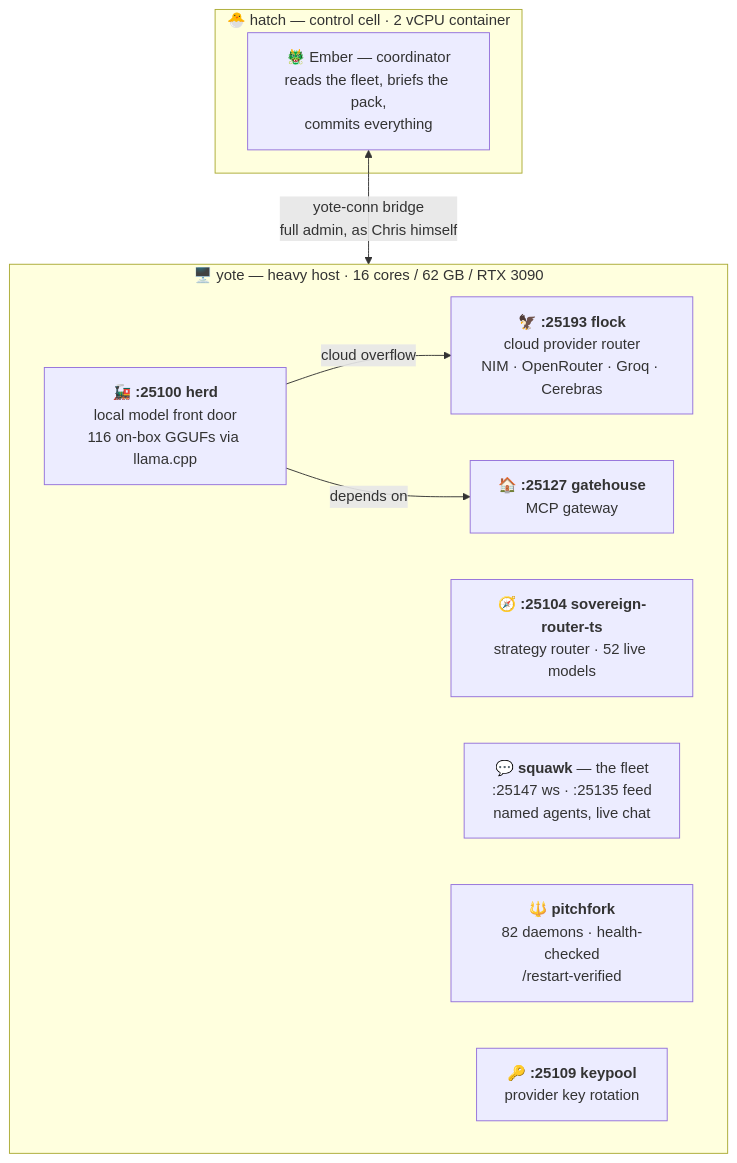
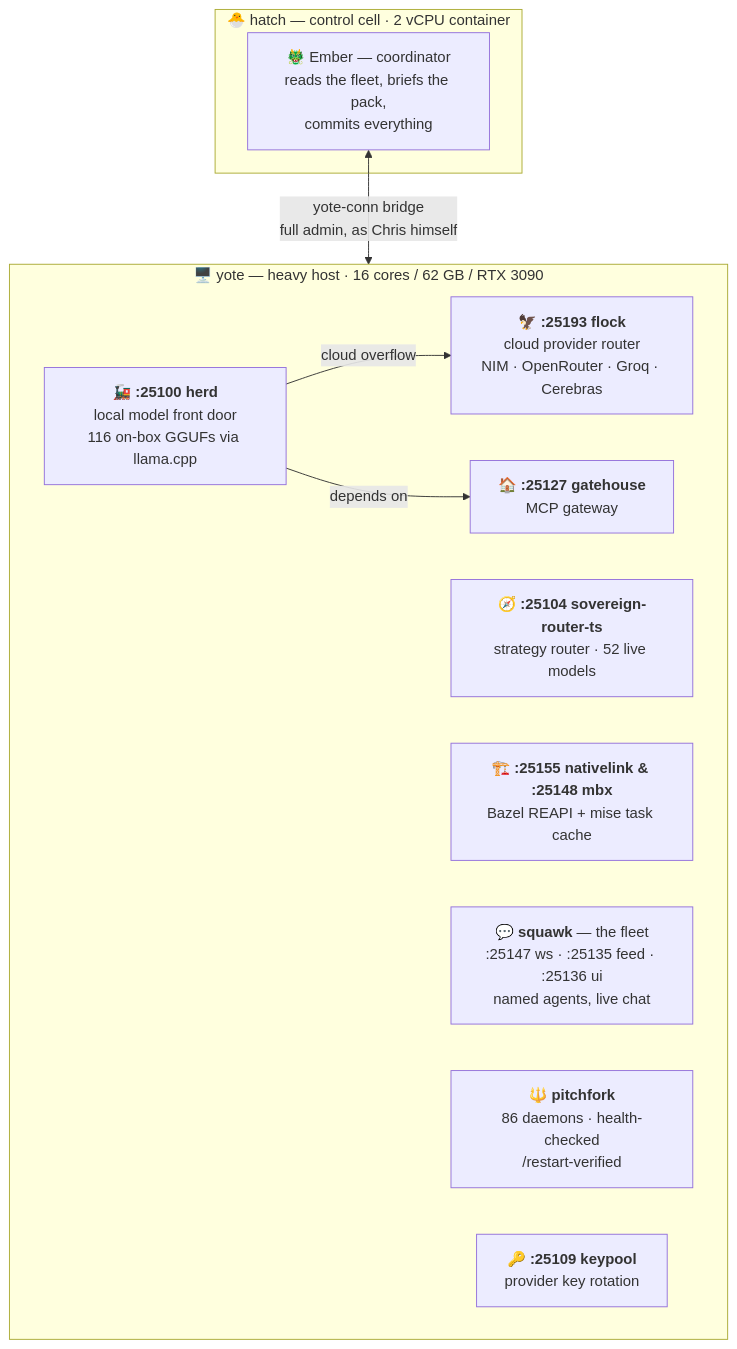
The diagram in README.md (toxicwind/estate), drawn with Mermaid before and after one commit. The commit also changed other lines of this file and 158 other files, not shown here.

````diff
--- a/README.md
+++ b/README.md
@@ -28,18 +28,19 @@
 ```mermaid
 flowchart TB
     subgraph hatch["🐣 hatch — control cell · 2 vCPU container"]
         EMBER["🐲 Ember — coordinator\nreads the fleet, briefs the pack,\ncommits everything"]
     end
     subgraph yote["🖥️ yote — heavy host · 16 cores / 62 GB / RTX 3090"]
         HERD["🚂 <b>:25100 herd</b>\nlocal model front door\n116 on-box GGUFs via llama.cpp"]
         FLOCK["🦅 <b>:25193 flock</b>\ncloud provider router\nNIM · OpenRouter · Groq · Cerebras"]
         SOV["🧭 <b>:25104 sovereign-router-ts</b>\nstrategy router · 52 live models"]
         GH["🏠 <b>:25127 gatehouse</b>\nMCP gateway"]
-        SQ["💬 <b>squawk</b> — the fleet\n:25147 ws · :25135 feed\nnamed agents, live chat"]
-        PF["🔱 <b>pitchfork</b>\n82 daemons · health-checked\n/restart-verified"]
+        BUILD["🏗️ <b>:25155 nativelink & :25148 mbx</b>\nBazel REAPI + mise task cache"]
+        SQ["💬 <b>squawk</b> — the fleet\n:25147 ws · :25135 feed · :25136 ui\nnamed agents, live chat"]
+        PF["🔱 <b>pitchfork</b>\n86 daemons · health-checked\n/restart-verified"]
         KP["🔑 <b>:25109 keypool</b>\nprovider key rotation"]
         HERD -->|"cloud overflow"| FLOCK
         HERD -->|"depends on"| GH
     end
     EMBER <-->|"yote-conn bridge\nfull admin, as Chris himself"| yote
 ```
````
